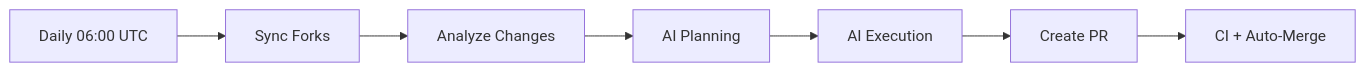
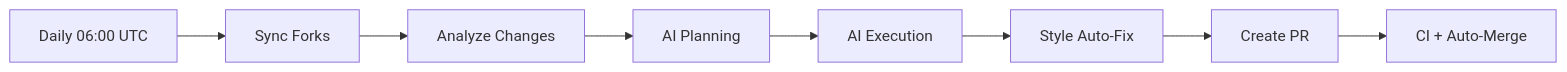
One commit to ausardcompany/alexi changed the second of 2 diagrams in docs/CONTRIBUTING.md. Above: the diagram before and after it, drawn with Mermaid. The commit also changed other lines of this file and 1 other file, not shown here.

Commit message:
docs: auto-generate documentation [skip ci] [alexi-bot]

````diff
--- a/docs/CONTRIBUTING.md
+++ b/docs/CONTRIBUTING.md
@@ -425,9 +458,10 @@
 ```mermaid
 graph LR
     A[Daily 06:00 UTC] --> B[Sync Forks]
     B --> C[Analyze Changes]
     C --> D[AI Planning]
     D --> E[AI Execution]
-    E --> F[Create PR]
-    F --> G[CI + Auto-Merge]
+    E --> F[Style Auto-Fix]
+    F --> G[Create PR]
+    G --> H[CI + Auto-Merge]
 ```
````
